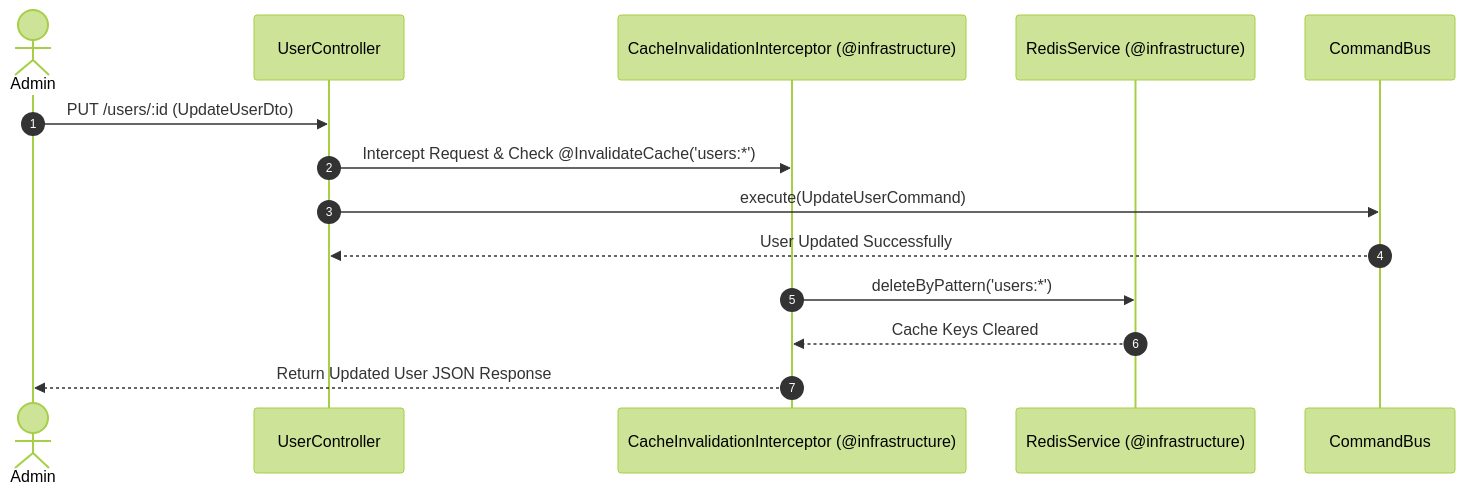
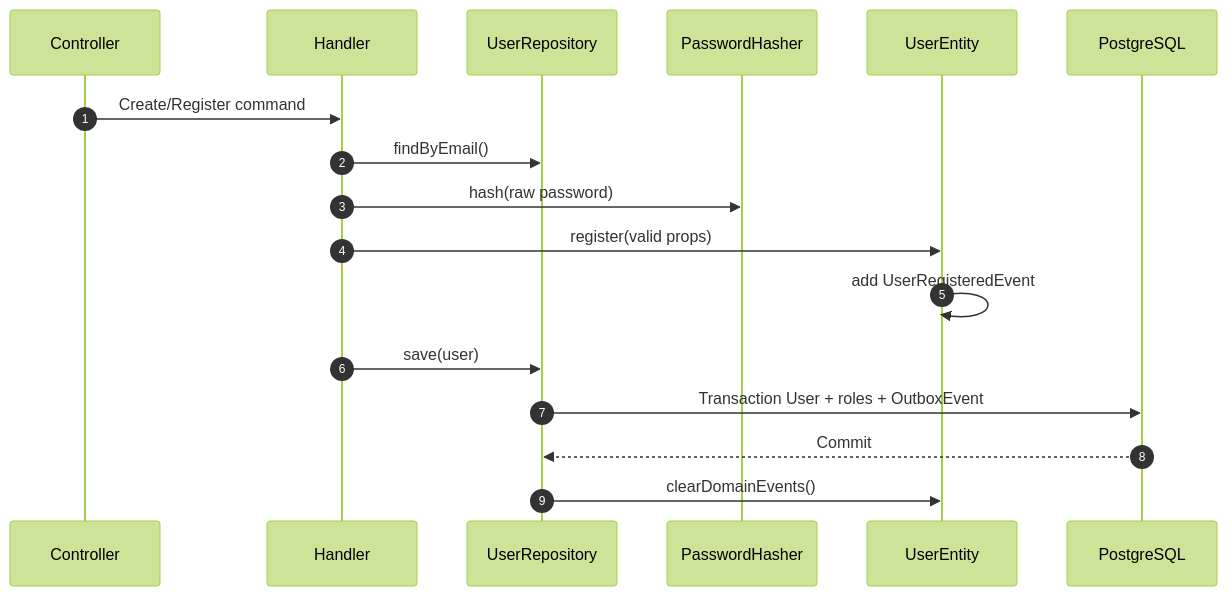
One commit to 8eyond-Infinite/turborepo-advanced-starter changed the diagram in apps/server/src/contexts/iam/users/README.md. Above: the diagram before and after it, drawn with Mermaid (forest theme). The commit also changed other lines of this file and 209 other files, not shown here.

````diff
--- a/apps/server/src/contexts/iam/users/README.md
+++ b/apps/server/src/contexts/iam/users/README.md
@@ -48,17 +68,20 @@
 ```mermaid
 sequenceDiagram
     autonumber
-    actor Admin
-    participant Ctrl as UserController
-    participant Interceptor as CacheInvalidationInterceptor (@infrastructure)
-    participant Redis as RedisService (@infrastructure)
-    participant Bus as CommandBus
+    participant Controller
+    participant Handler
+    participant Repo as UserRepository
+    participant Hasher as PasswordHasher
+    participant User as UserEntity
+    participant DB as PostgreSQL
 
-    Admin->>Ctrl: PUT /users/:id (UpdateUserDto)
-    Ctrl->>Interceptor: Intercept Request & Check @InvalidateCache('users:*')
-    Ctrl->>Bus: execute(UpdateUserCommand)
-    Bus-->>Ctrl: User Updated Successfully
-    Interceptor->>Redis: deleteByPattern('users:*')
-    Redis-->>Interceptor: Cache Keys Cleared
-    Interceptor-->>Admin: Return Updated User JSON Response
+    Controller->>Handler: Create/Register command
+    Handler->>Repo: findByEmail()
+    Handler->>Hasher: hash(raw password)
+    Handler->>User: register(valid props)
+    User->>User: add UserRegisteredEvent
+    Handler->>Repo: save(user)
+    Repo->>DB: Transaction User + roles + OutboxEvent
+    DB-->>Repo: Commit
+    Repo->>User: clearDomainEvents()
 ```
````
